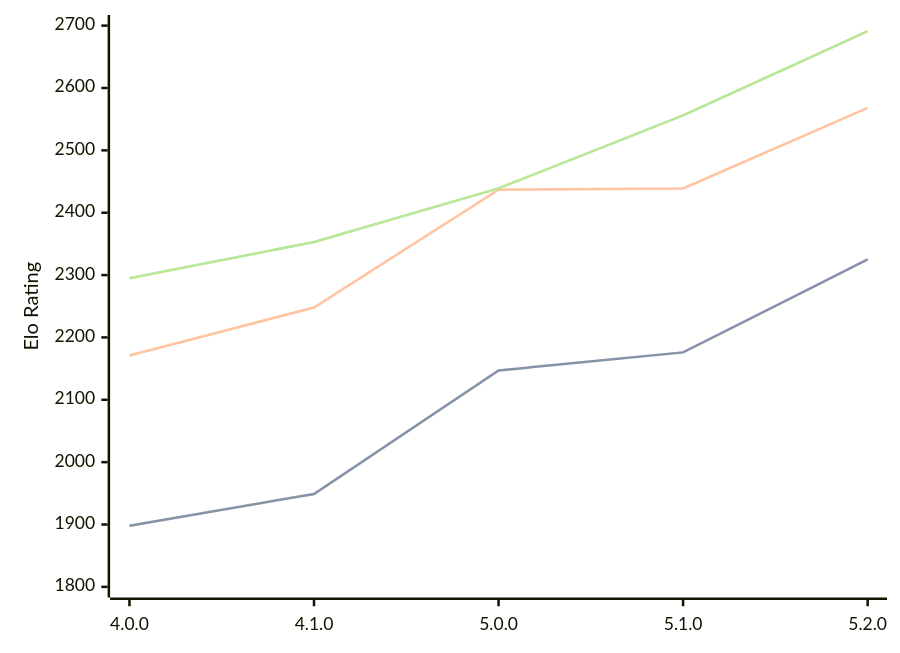
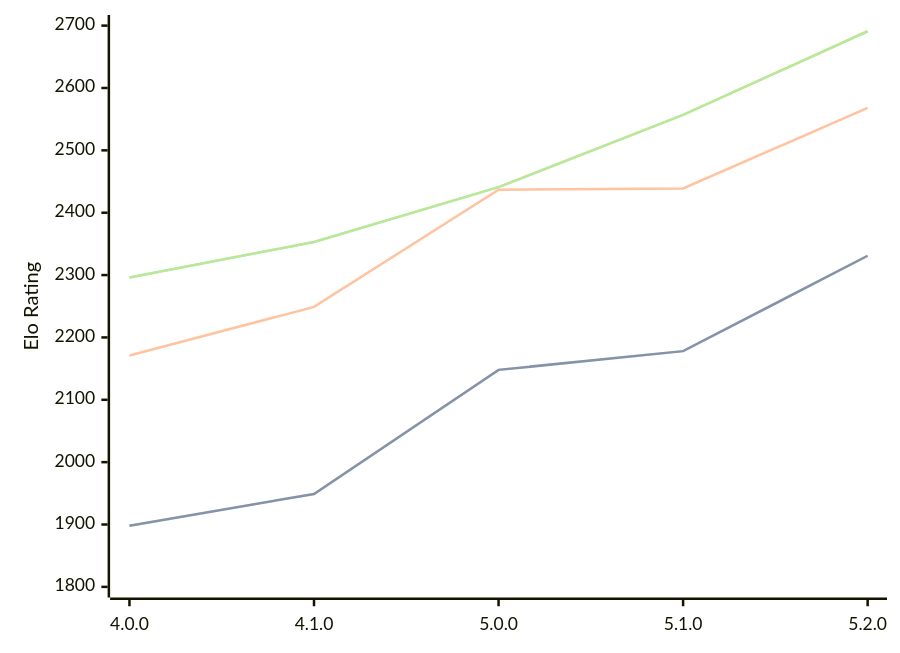
The diagram in engines/Aconcagua.md (computer-chess-index/cci), drawn with Mermaid before and after one commit. The commit also changed other lines of this file, not shown here.

Commit message:
Update CCI Ratings (ELO VLTC) - 2026-07-23

````diff
--- a/engines/Aconcagua.md
+++ b/engines/Aconcagua.md
@@ -44,11 +44,11 @@
 ```mermaid
 %%{init: {"theme":"base","themeVariables":{"seriesColors:['#a3a3a3','#222221','#faa371']}}}%%
 xychart-beta
   x-axis ["4.0.0", "4.1.0", "5.0.0", "5.1.0", "5.2.0"]
   y-axis "Elo Rating" 1800 --> 2700
-  line "STC (8.0+0.08s)" [1898, 1949, 2147, 2176, 2325]
-  line "STC (8.0+0.08s)" [1898, 1949, 2147, 2176, 2325]
-  line "LTC (60.0+0.60s)" [2171, 2248, 2437, 2439, 2568]
-  line "VLTC (2m24s+1.12s)" [2295, 2353, 2439, 2556, 2691]
-  line "VLTC (2m24s+1.12s)" [2295, 2353, 2439, 2556, 2691]
+  line "STC (8.0+0.08s)" [1898, 1949, 2148, 2178, 2331]
+  line "STC (8.0+0.08s)" [1898, 1949, 2148, 2178, 2331]
+  line "LTC (60.0+0.60s)" [2171, 2249, 2437, 2439, 2568]
+  line "VLTC (2m24s+1.12s)" [2296, 2353, 2441, 2557, 2691]
+  line "VLTC (2m24s+1.12s)" [2296, 2353, 2441, 2557, 2691]
 ```
````
